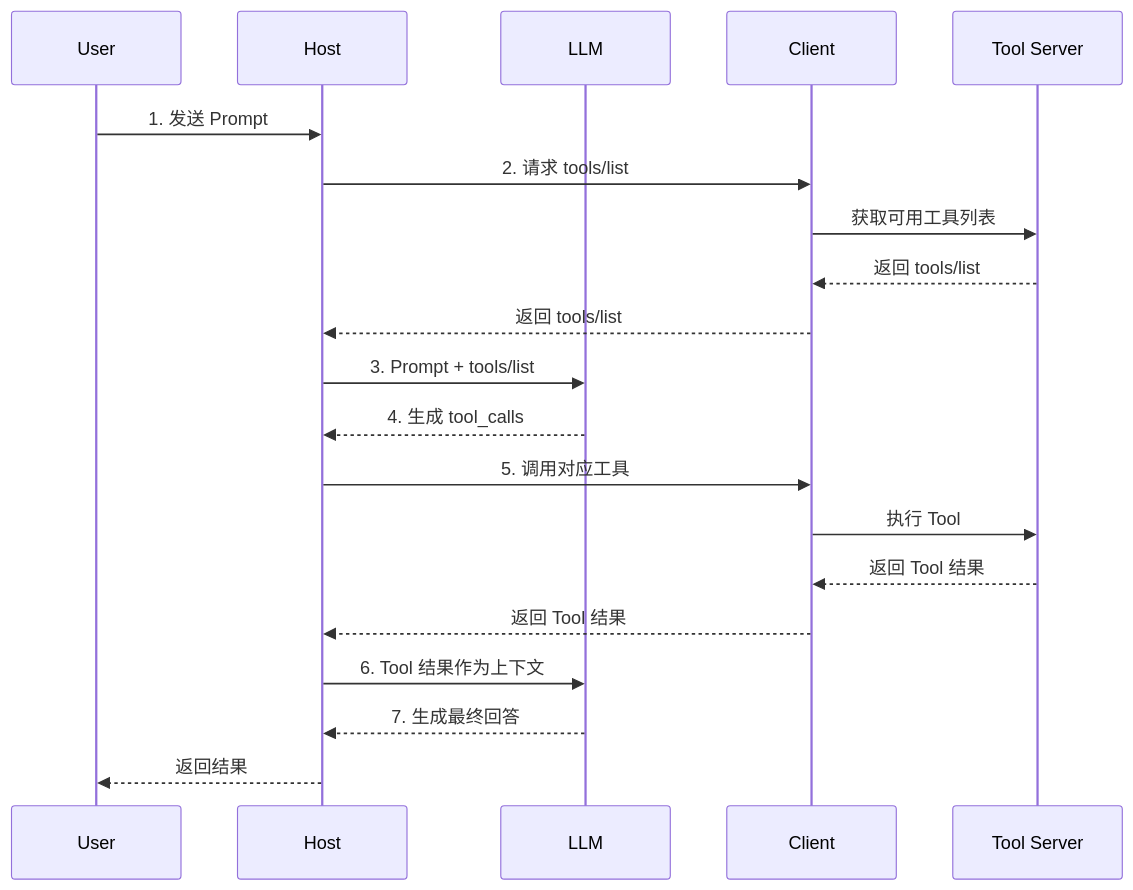
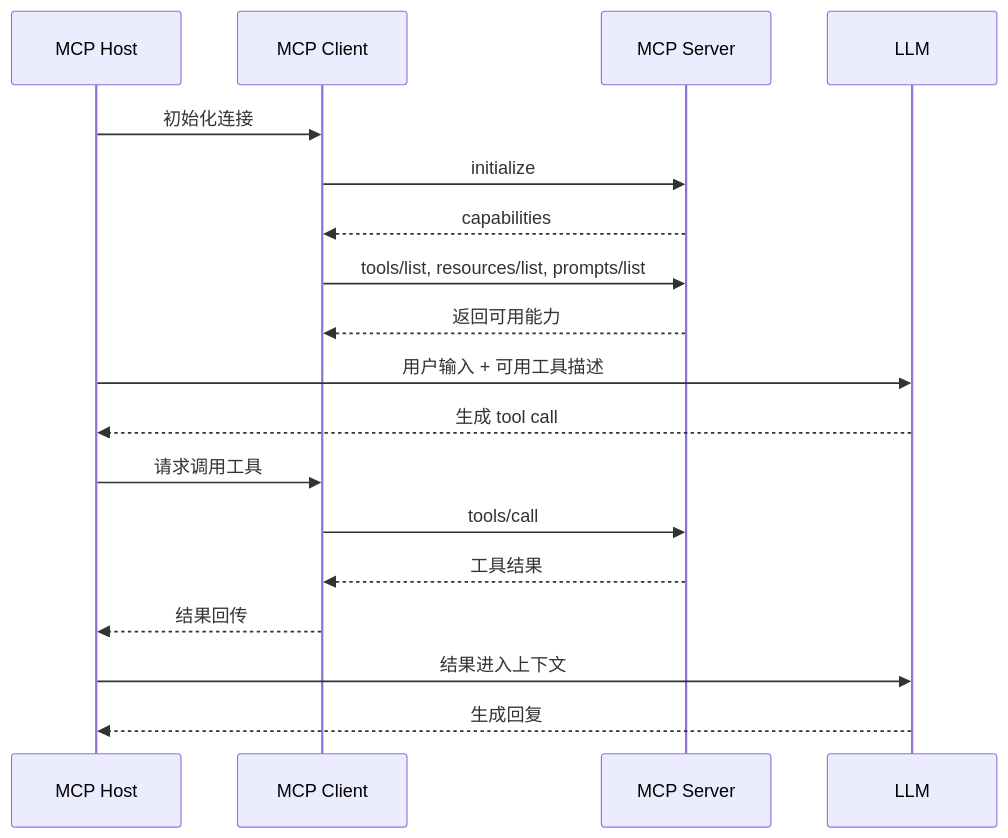
One commit to buvidk1234/buvidk1234.github.io changed the third of 3 diagrams in content/posts/agent.md. Above: the diagram before and after it, drawn with Mermaid. The commit also changed other lines of this file, not shown here.

Commit message:
Rewrite Agent article around runtime architecture

````diff
--- a/content/posts/agent.md
+++ b/content/posts/agent.md
@@ -355,28 +605,21 @@
 ```mermaid
 sequenceDiagram
-    participant U as User
-    participant H as Host
+    participant H as MCP Host
+    participant C as MCP Client
+    participant S as MCP Server
     participant L as LLM
-    participant C as Client
-    participant S as Tool Server
 
-    U->>H: 1. 发送 Prompt
-    H->>C: 2. 请求 tools/list
-    C->>S: 获取可用工具列表
-    S-->>C: 返回 tools/list
-    C-->>H: 返回 tools/list
-
-    H->>L: 3. Prompt + tools/list
-
-    L-->>H: 4. 生成 tool_calls
-
-    H->>C: 5. 调用对应工具
-    C->>S: 执行 Tool
-    S-->>C: 返回 Tool 结果
-    C-->>H: 返回 Tool 结果
-
-    H->>L: 6. Tool 结果作为上下文
-
-    L-->>H: 7. 生成最终回答
-    H-->>U: 返回结果
+    H->>C: 初始化连接
+    C->>S: initialize
+    S-->>C: capabilities
+    C->>S: tools/list, resources/list, prompts/list
+    S-->>C: 返回可用能力
+    H->>L: 用户输入 + 可用工具描述
+    L-->>H: 生成 tool call
+    H->>C: 请求调用工具
+    C->>S: tools/call
+    S-->>C: 工具结果
+    C-->>H: 结果回传
+    H->>L: 结果进入上下文
+    L-->>H: 生成回复
 ```
````
